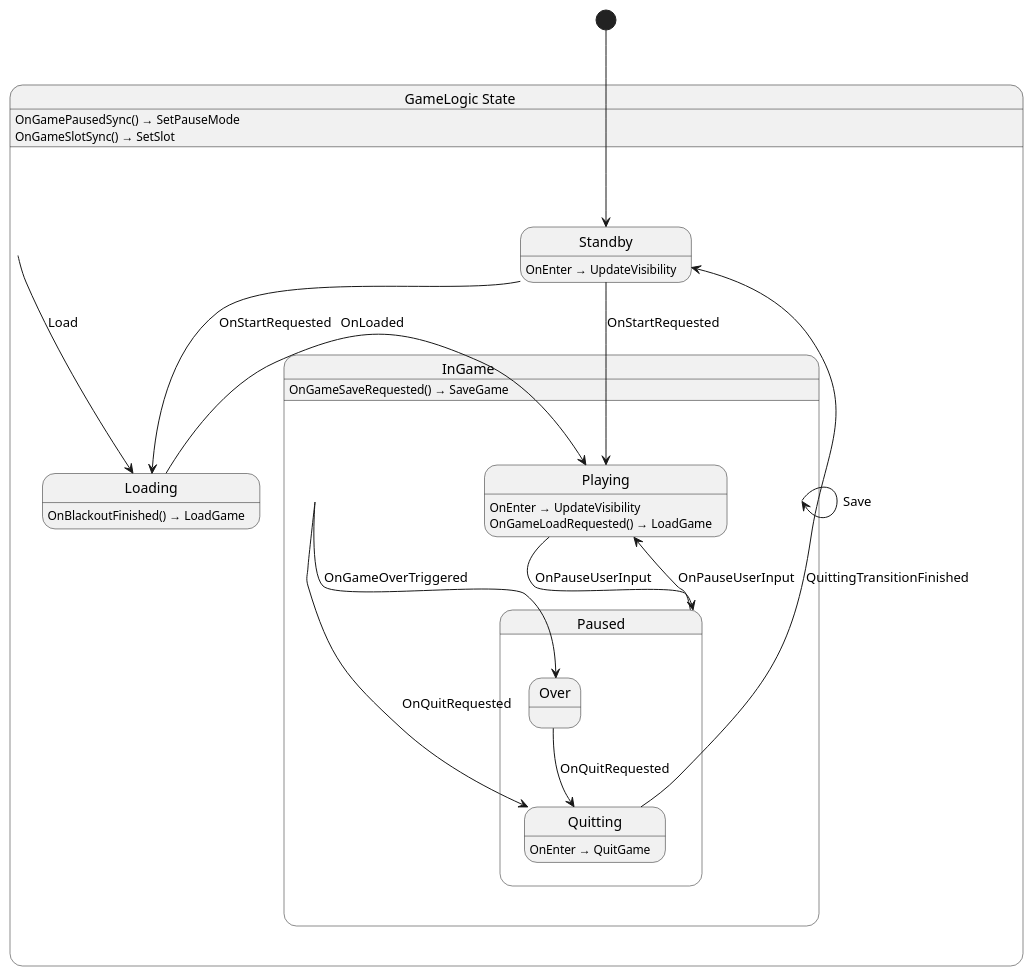
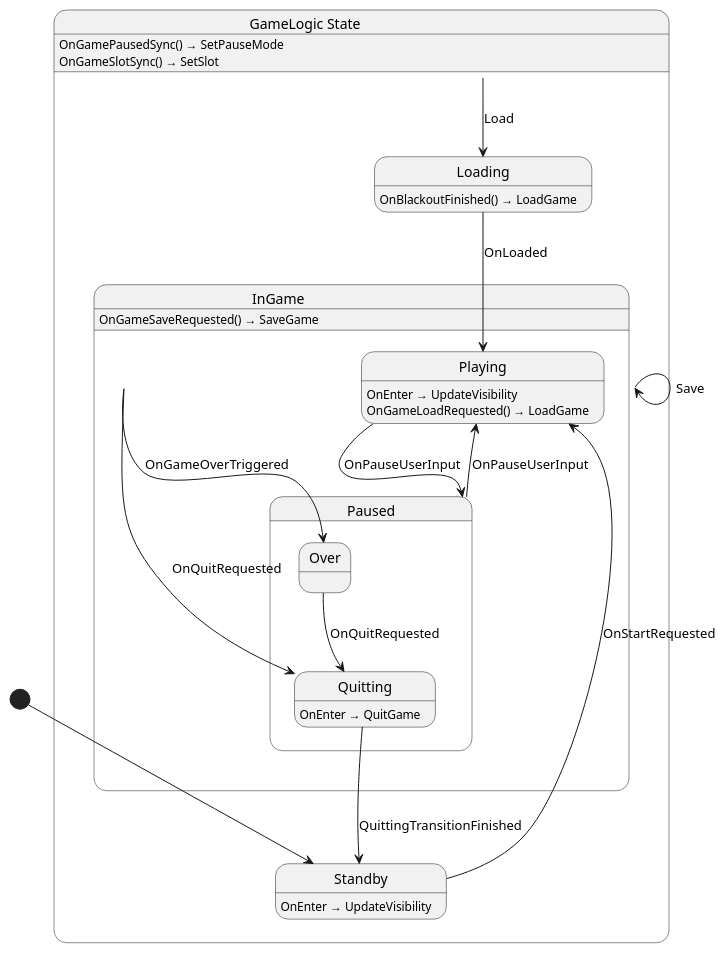
Before and after one commit to nilsiker/yolk: the diagram in Yolk.Logic/Game/GameLogic.g.puml, drawn with PlantUML. The commit also changed 5 other files, not shown here.

```diff
--- a/Yolk.Logic/Game/GameLogic.g.puml
+++ b/Yolk.Logic/Game/GameLogic.g.puml
@@ -1,36 +1,35 @@
 @startuml GameLogic
 state "GameLogic State" as Yolk_Game_GameLogic_State {
   state "InGame" as Yolk_Game_GameLogic_State_InGame {
     state "Paused" as Yolk_Game_GameLogic_State_InGame_Paused {
       state "Over" as Yolk_Game_GameLogic_State_InGame_Paused_Over
       state "Quitting" as Yolk_Game_GameLogic_State_InGame_Paused_Quitting
     }
     state "Playing" as Yolk_Game_GameLogic_State_InGame_Playing
   }
   state "Loading" as Yolk_Game_GameLogic_State_Loading
   state "Standby" as Yolk_Game_GameLogic_State_Standby
 }
 
 Yolk_Game_GameLogic_State --> Yolk_Game_GameLogic_State_Loading : Load
 Yolk_Game_GameLogic_State_InGame --> Yolk_Game_GameLogic_State_InGame : Save
 Yolk_Game_GameLogic_State_InGame --> Yolk_Game_GameLogic_State_InGame_Paused_Over : OnGameOverTriggered
 Yolk_Game_GameLogic_State_InGame --> Yolk_Game_GameLogic_State_InGame_Paused_Quitting : OnQuitRequested
 Yolk_Game_GameLogic_State_InGame_Paused --> Yolk_Game_GameLogic_State_InGame_Playing : OnPauseUserInput
 Yolk_Game_GameLogic_State_InGame_Paused_Over --> Yolk_Game_GameLogic_State_InGame_Paused_Quitting : OnQuitRequested
 Yolk_Game_GameLogic_State_InGame_Paused_Quitting --> Yolk_Game_GameLogic_State_Standby : QuittingTransitionFinished
 Yolk_Game_GameLogic_State_InGame_Playing --> Yolk_Game_GameLogic_State_InGame_Paused : OnPauseUserInput
 Yolk_Game_GameLogic_State_Loading --> Yolk_Game_GameLogic_State_InGame_Playing : OnLoaded
 Yolk_Game_GameLogic_State_Standby --> Yolk_Game_GameLogic_State_InGame_Playing : OnStartRequested
-Yolk_Game_GameLogic_State_Standby --> Yolk_Game_GameLogic_State_Loading : OnStartRequested
 
 Yolk_Game_GameLogic_State : OnGamePausedSync() → SetPauseMode
 Yolk_Game_GameLogic_State : OnGameSlotSync() → SetSlot
 Yolk_Game_GameLogic_State_InGame : OnGameSaveRequested() → SaveGame
 Yolk_Game_GameLogic_State_InGame_Paused_Quitting : OnEnter → QuitGame
 Yolk_Game_GameLogic_State_InGame_Playing : OnEnter → UpdateVisibility
 Yolk_Game_GameLogic_State_InGame_Playing : OnGameLoadRequested() → LoadGame
 Yolk_Game_GameLogic_State_Loading : OnBlackoutFinished() → LoadGame
 Yolk_Game_GameLogic_State_Standby : OnEnter → UpdateVisibility
 
 [*] --> Yolk_Game_GameLogic_State_Standby
 @enduml
```
